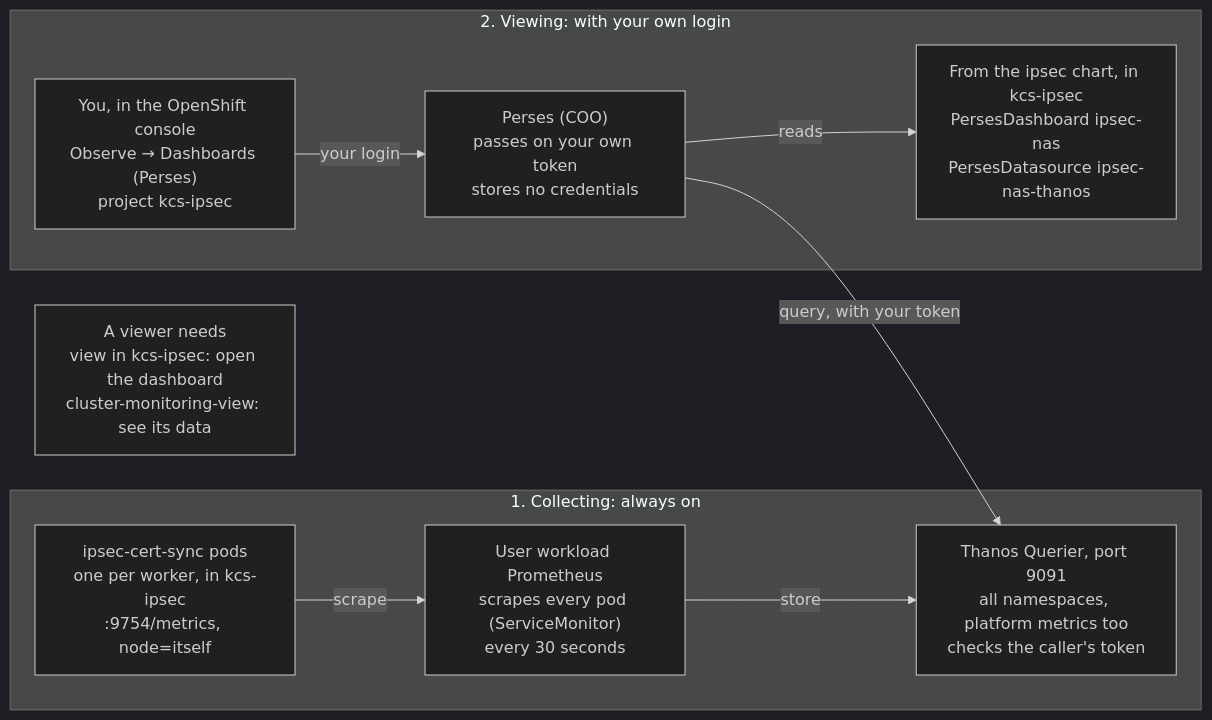
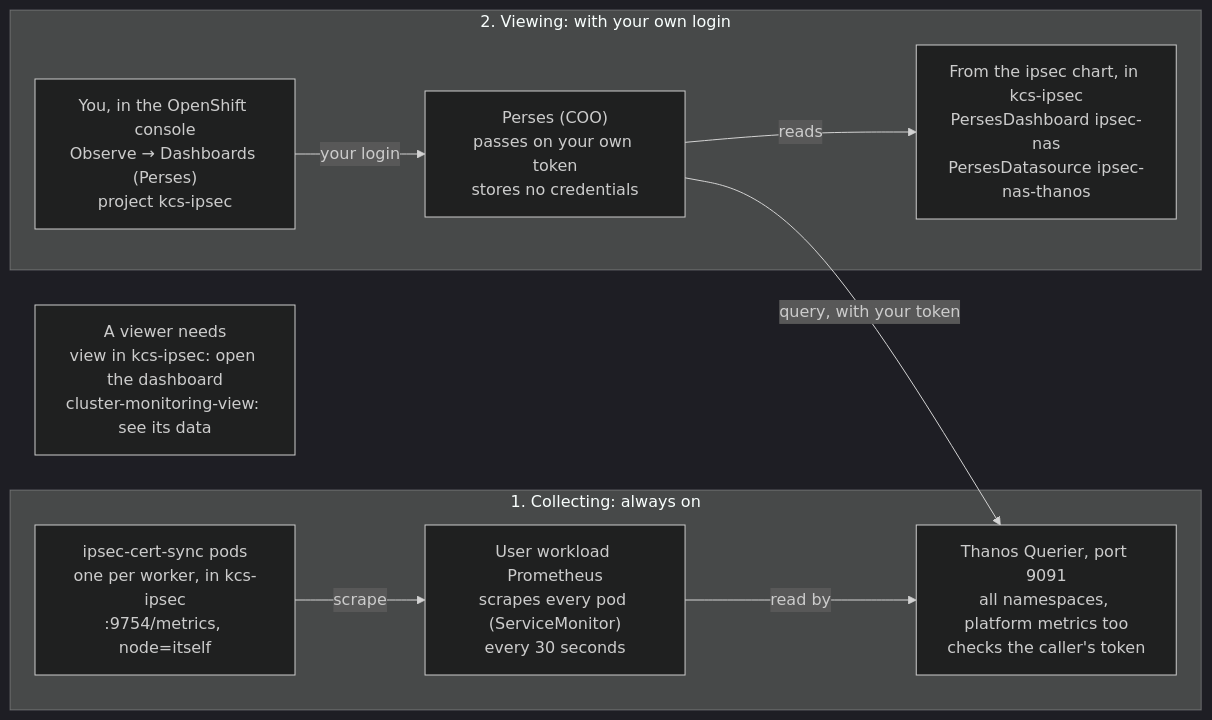
Before and after one commit to ephico2real2/openshift-ipsec-nas: the diagram in docs/diagrams/mermaid/perses-dashboard.mmd, drawn with Mermaid (dark theme). The commit also changed 7 other files, not shown here.

```diff
--- a/docs/diagrams/mermaid/perses-dashboard.mmd
+++ b/docs/diagrams/mermaid/perses-dashboard.mmd
@@ -1,18 +1,18 @@
 %% How the IPsec dashboard reaches its viewers in the OpenShift console (Perses, Cluster Observability Operator).
 %% Text source only. The figure shown in the docs is docs/diagrams/ipsec-nas/perses-dashboard.*.png.
 flowchart LR
     subgraph COLLECT["1. Collecting: always on"]
         POD["ipsec-cert-sync pods<br/>one per worker, in kcs-ipsec<br/>:9754/metrics, node=itself"]
         PROM["User workload Prometheus<br/>scrapes every pod (ServiceMonitor)<br/>every 30 seconds"]
         THANOS["Thanos Querier, port 9091<br/>all namespaces, platform metrics too<br/>checks the caller's token"]
-        POD -- scrape --> PROM -- store --> THANOS
+        POD -- scrape --> PROM -- read by --> THANOS
     end
     subgraph VIEW["2. Viewing: with your own login"]
         YOU["You, in the OpenShift console<br/>Observe → Dashboards (Perses)<br/>project kcs-ipsec"]
         PERSES["Perses (COO)<br/>passes on your own token<br/>stores no credentials"]
         CHART["From the ipsec chart, in kcs-ipsec<br/>PersesDashboard ipsec-nas<br/>PersesDatasource ipsec-nas-thanos"]
         YOU -- your login --> PERSES
         PERSES -- reads --> CHART
     end
     PERSES -- "query, with your token" --> THANOS
     NEEDS["A viewer needs<br/>view in kcs-ipsec: open the dashboard<br/>cluster-monitoring-view: see its data"]
```
